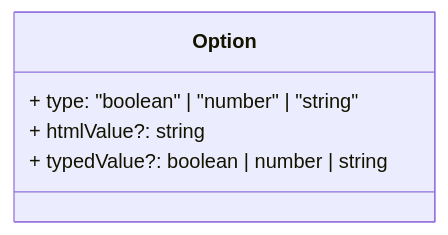
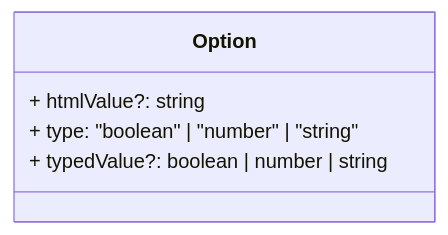
The third of 3 diagrams in src/ui/mixins/README.md (elgatosf/streamdeck), drawn with Mermaid before and after one commit. The commit also changed other lines of this file, not shown here.

Commit message:
docs: fix diagrams of mixins

````diff
--- a/src/ui/mixins/README.md
+++ b/src/ui/mixins/README.md
@@ -34,8 +33,8 @@
 ```mermaid
 classDiagram
     class Option {
+        + htmlValue?: string
         + type: "boolean" | "number" | "string"
-        + htmlValue?: string
         + typedValue?: boolean | number | string
     }
 ```
````
